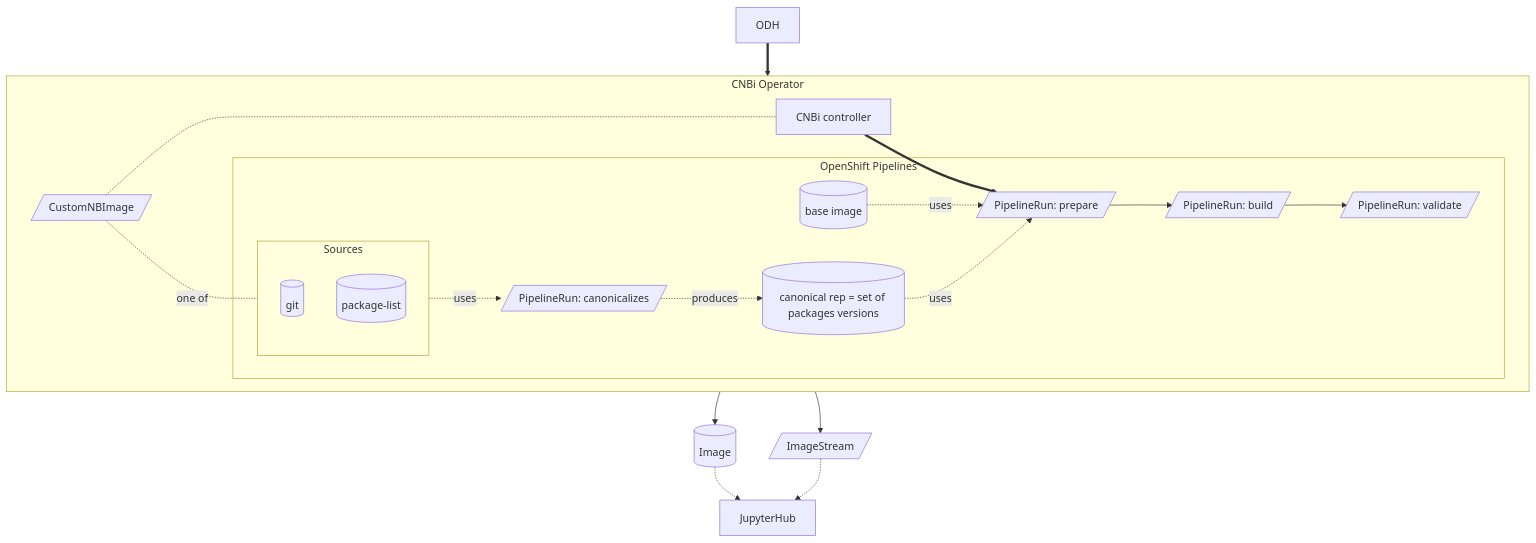
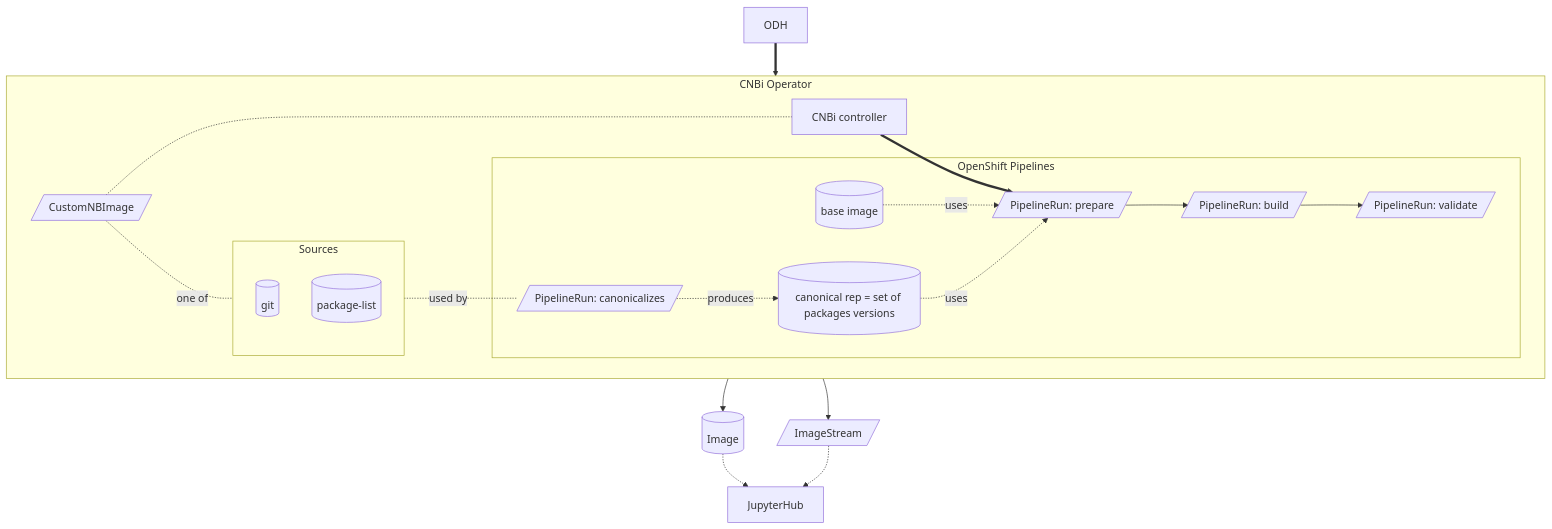
The second of 6 diagrams in README.md (thoth-station/opendatahub-cnbi), drawn with Mermaid before and after one commit.

Commit message:
try placement

````diff
--- a/README.md
+++ b/README.md
@@ -64,19 +64,20 @@
 ```mermaid
 flowchart TB
     O[ODH] ==> CR[/CustomNBImage/]
     subgraph CNBi Operator
         direction LR
         CR -.- C[CNBi controller] ==> PRprepare[/PipelineRun: prepare/]
         subgraph Sources
             S[(git)] & p[(package-list)]
         end
         CR -.one of.-Sources
+        Sources -.used by.-PRcanon
         subgraph OpenShift Pipelines
-            Sources -.uses.-> PRcanon[/PipelineRun: canonicalizes/] -.produces.-> Crep
+            PRcanon[/PipelineRun: canonicalizes/] -.produces.-> Crep
             B[(base image)] & Crep[(canonical rep = set of packages versions)] -.uses.-> PRprepare
             PRprepare --> PRbuild[/PipelineRun: build/]
             PRbuild --> PRvalidate[/PipelineRun: validate/]
         end
     end
     PRvalidate --> I[(Image)] & IS[/ImageStream/] -.-> JH[JupyterHub]
 ```
````
